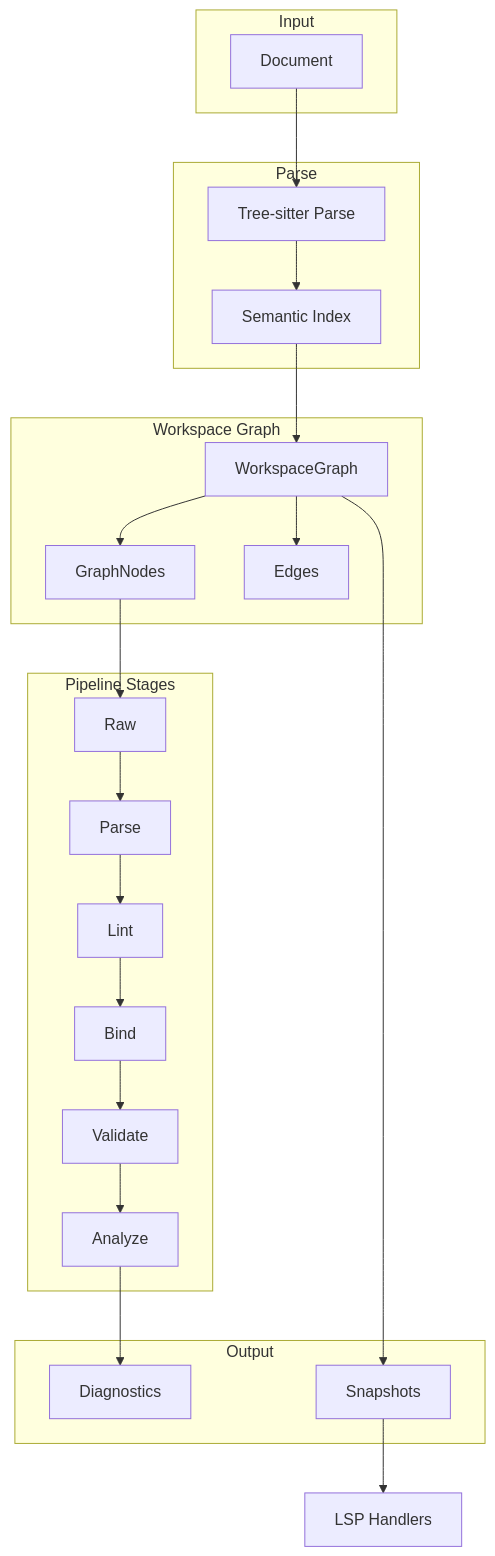
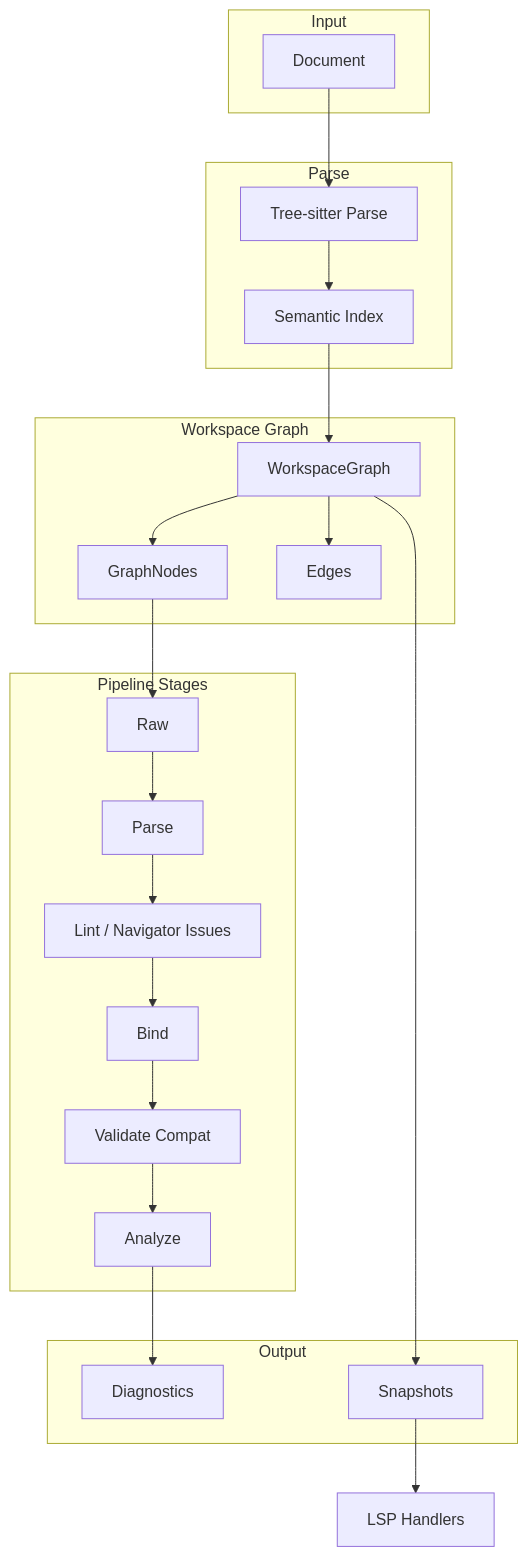
The diagram in docs/ARCHITECTURE.md (sailpoint-oss/telescope), drawn with Mermaid before and after one commit. The commit also changed other lines of this file and 246 other files, not shown here.

First line of the commit message:
chore: remove deprecated schema files and configuration

````diff
--- a/docs/ARCHITECTURE.md
+++ b/docs/ARCHITECTURE.md
@@ -18,46 +22,46 @@
 ```mermaid
 flowchart TB
     subgraph Input
         Doc[Document]
     end
 
     subgraph Parse
         TS[Tree-sitter Parse]
         SI[Semantic Index]
     end
 
     subgraph Graph["Workspace Graph"]
         WG[WorkspaceGraph]
         Nodes[GraphNodes]
         Edges[Edges]
     end
 
     subgraph Pipeline["Pipeline Stages"]
         Raw[Raw]
         ParseStage[Parse]
-        LintStage[Lint]
+        LintStage[Lint / Navigator Issues]
         BindStage[Bind]
-        ValidateStage[Validate]
+        ValidateStage[Validate Compat]
         AnalyzeStage[Analyze]
     end
 
     subgraph Output
         Diags[Diagnostics]
         Snap[Snapshots]
     end
 
     Doc --> TS
     TS --> SI
     SI --> WG
     WG --> Nodes
     WG --> Edges
     Nodes --> Raw
     Raw --> ParseStage
     ParseStage --> LintStage
     LintStage --> BindStage
     BindStage --> ValidateStage
     ValidateStage --> AnalyzeStage
     AnalyzeStage --> Diags
     WG --> Snap
     Snap --> LSP[LSP Handlers]
 ```
````
